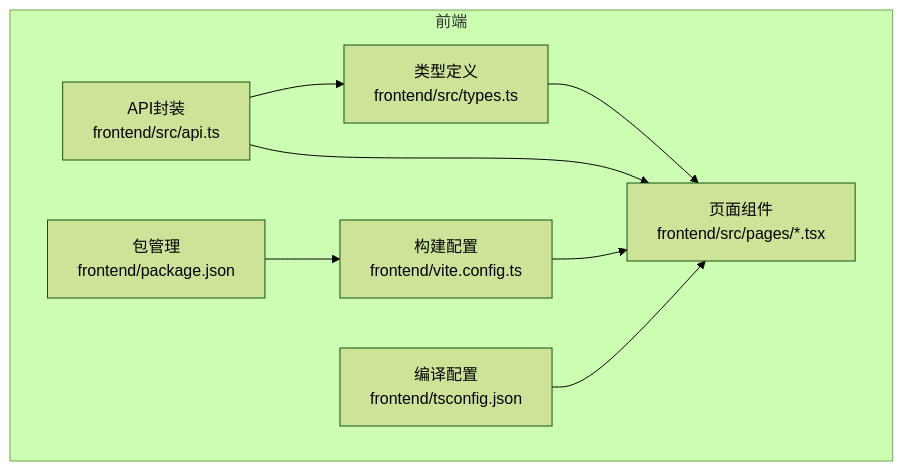
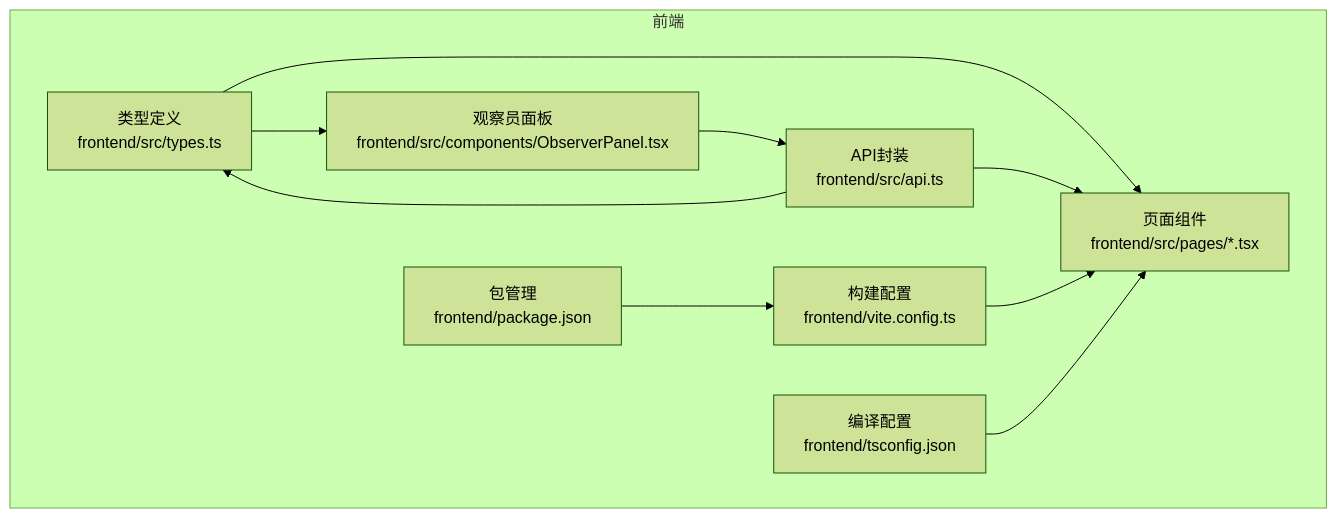
Before and after one commit to GDY-ai/ainstein: the first of 3 diagrams in .qoder/repowiki/zh/content/前端应用/TypeScript类型定义.md, drawn with Mermaid (forest theme). The commit also changed other lines of this file and 19 other files, not shown here.

````diff
--- a/.qoder/repowiki/zh/content/前端应用/TypeScript类型定义.md
+++ b/.qoder/repowiki/zh/content/前端应用/TypeScript类型定义.md
@@ -33,17 +34,20 @@
 ```mermaid
 graph TB
 subgraph "前端"
 Types["类型定义<br/>frontend/src/types.ts"]
 API["API封装<br/>frontend/src/api.ts"]
 Pages["页面组件<br/>frontend/src/pages/*.tsx"]
+ObserverPanel["观察员面板<br/>frontend/src/components/ObserverPanel.tsx"]
 Config["构建配置<br/>frontend/vite.config.ts"]
 TSConf["编译配置<br/>frontend/tsconfig.json"]
 Pkg["包管理<br/>frontend/package.json"]
 end
 Types --> Pages
+Types --> ObserverPanel
 API --> Pages
 API --> Types
+ObserverPanel --> API
 Config --> Pages
 TSConf --> Pages
 Pkg --> Config
 ```
````
